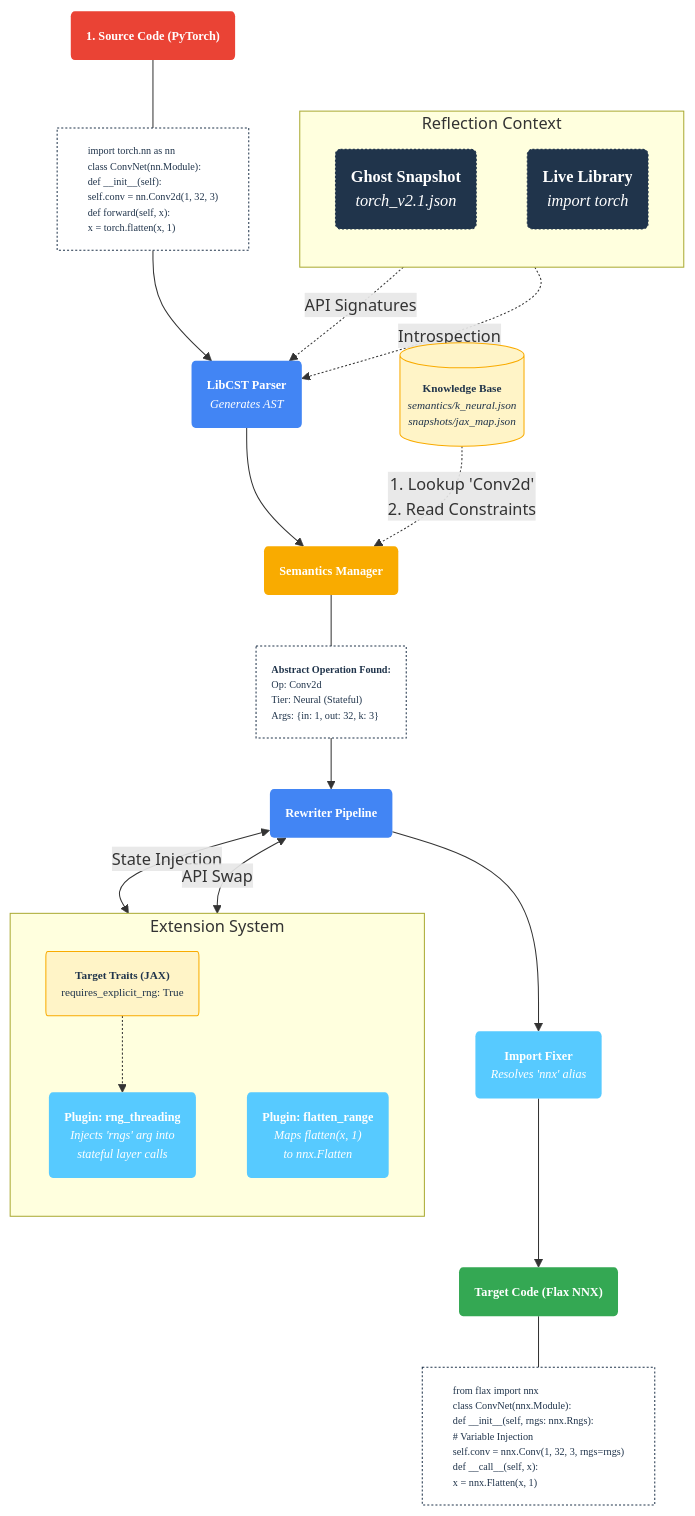
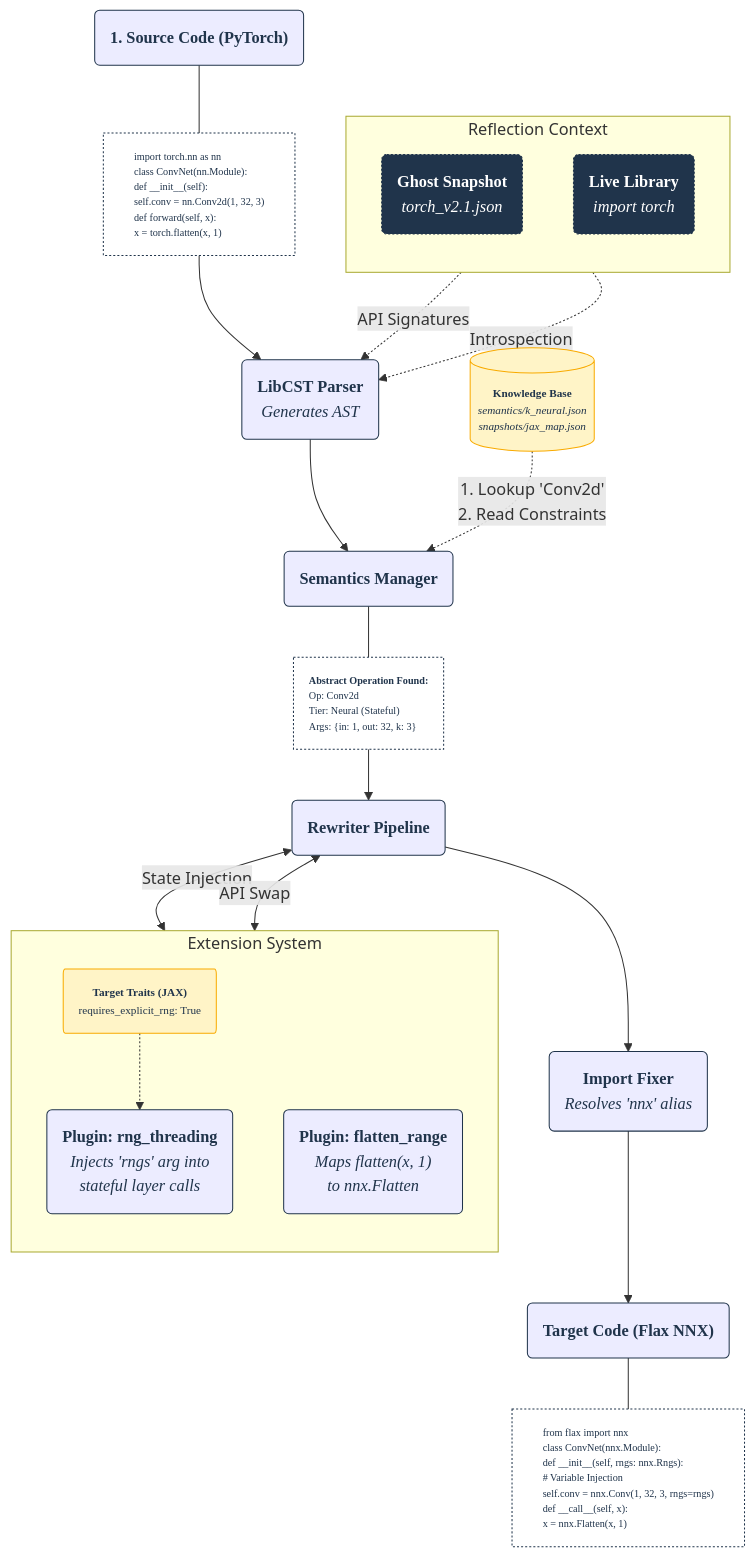
One commit to SamuelMarks/ml-switcheroo changed the second of 2 diagrams in README.md. Above: the diagram before and after it, drawn with Mermaid. The commit also changed 243 other files, not shown here.

````diff
--- a/README.md
+++ b/README.md
@@ -125,80 +125,72 @@
 ```mermaid
 graph TD
     %% --- STYLE DEFINITIONS ---
     classDef default font-family:'Google Sans',color:#20344b,stroke:#20344b,stroke-width:1px;
     classDef title font-family:'Google Sans Medium',font-size:12px,color:white,stroke-width:0px,rx:4px;
     classDef code font-family:'Roboto Mono',font-size:10px,text-align:left,fill:white,color:#20344b,stroke:#20344b,stroke-dasharray:2 2,rx:0;
     classDef db font-family:'Google Sans',font-size:11px,fill:#fff4c7,stroke:#f9ab00,stroke-width:1px,rx:2px;
 
     classDef src fill:#ea4335,color:white;
     classDef eng fill:#4285f4,color:white;
     classDef hub fill:#f9ab00,color:#20344b;
     classDef plug fill:#57caff,color:#20344b;
     classDef tgt fill:#34a853,color:white;
     classDef ghost fill:#20344b,color:white,stroke-dasharray:2 2;
 
     %% 1. SOURCE
-    S_HEAD("<b>1. Source Code (PyTorch)</b>"):::src
-    S_HEAD:::title
+    S_HEAD("<b>1. Source Code (PyTorch)</b>"):::src,title
 
     S_CODE["import torch.nn as nn<br/>class ConvNet(nn.Module):<br/>  def __init__(self):<br/>    self.conv = nn.Conv2d(1, 32, 3)<br/>  def forward(self, x):<br/>    x = torch.flatten(x, 1)"]:::code
     S_HEAD --- S_CODE
 
     %% 2. PARSING & ANALYSIS
-    P_LIBCST("<b>LibCST Parser</b><br/><i>Generates AST</i>"):::eng
-    P_LIBCST:::title
+    P_LIBCST("<b>LibCST Parser</b><br/><i>Generates AST</i>"):::eng,title
     S_CODE --> P_LIBCST
 
     subgraph CONTEXT ["Reflection Context"]
       direction TB
       GHOST("<b>Ghost Snapshot</b><br/><i>torch_v2.1.json</i>"):::ghost
       LIVE("<b>Live Library</b><br/><i>import torch</i>"):::ghost
     end
     GHOST -.->|" API Signatures "|P_LIBCST
     LIVE -.->|" Introspection "|P_LIBCST
 
     %% 3. KNOWLEDGE LOOKUP
-    HUB_HEAD("<b>Semantics Manager</b>"):::hub
-    HUB_HEAD:::title
+    HUB_HEAD("<b>Semantics Manager</b>"):::hub,title
     P_LIBCST --> HUB_HEAD
 
     JSON_DB[("<b>Knowledge Base</b><br/><i>semantics/k_neural.json</i><br/><i>snapshots/jax_map.json</i>")]:::db
     JSON_DB -.->|" 1. Lookup 'Conv2d'<br/>2. Read Constraints "|HUB_HEAD
 
     ABS_NODE("<b>Abstract Operation Found:</b><br/>Op: Conv2d<br/>Tier: Neural (Stateful)<br/>Args: {in: 1, out: 32, k: 3}"):::code
     HUB_HEAD --- ABS_NODE
 
     %% 4. REWRITING REWIRING
-    REWRITE("<b>Rewriter Pipeline</b>"):::eng
-    REWRITE:::title
+    REWRITE("<b>Rewriter Pipeline</b>"):::eng,title
     ABS_NODE --> REWRITE
 
     subgraph PLUGINS ["Extension System"]
       direction TB
       target_trait("<b>Target Traits (JAX)</b><br/>requires_explicit_rng: True"):::db
 
-      HOOK_DEF("<b>Plugin: rng_threading</b><br/><i>Injects 'rngs' arg into<br/>stateful layer calls</i>"):::plug
-      HOOK_DEF:::title
+      HOOK_DEF("<b>Plugin: rng_threading</b><br/><i>Injects 'rngs' arg into<br/>stateful layer calls</i>"):::plug,title
 
-      HOOK_FLAT("<b>Plugin: flatten_range</b><br/><i>Maps flatten(x, 1)<br/>to nnx.Flatten</i>"):::plug
-      HOOK_FLAT:::title
+      HOOK_FLAT("<b>Plugin: flatten_range</b><br/><i>Maps flatten(x, 1)<br/>to nnx.Flatten</i>"):::plug,title
 
       target_trait -.-> HOOK_DEF
     end
 
     REWRITE <-->|" State Injection "|HOOK_DEF
     REWRITE <-->|" API Swap "|HOOK_FLAT
 
     %% 5. REFINEMENT
-    FIXER("<b>Import Fixer</b><br/><i>Resolves 'nnx' alias</i>"):::plug
-    FIXER:::title
+    FIXER("<b>Import Fixer</b><br/><i>Resolves 'nnx' alias</i>"):::plug,title
     REWRITE --> FIXER
 
     %% 6. TARGET
-    T_HEAD("<b>Target Code (Flax NNX)</b>"):::tgt
-    T_HEAD:::title
+    T_HEAD("<b>Target Code (Flax NNX)</b>"):::tgt,title
     FIXER --> T_HEAD
 
     T_CODE["from flax import nnx<br/>class ConvNet(nnx.Module):<br/>  def __init__(self, rngs: nnx.Rngs):<br/>    # Variable Injection<br/>    self.conv = nnx.Conv(1, 32, 3, rngs=rngs)<br/>  def __call__(self, x):<br/>    x = nnx.Flatten(x, 1)"]:::code
     T_HEAD --- T_CODE
 ```
````
